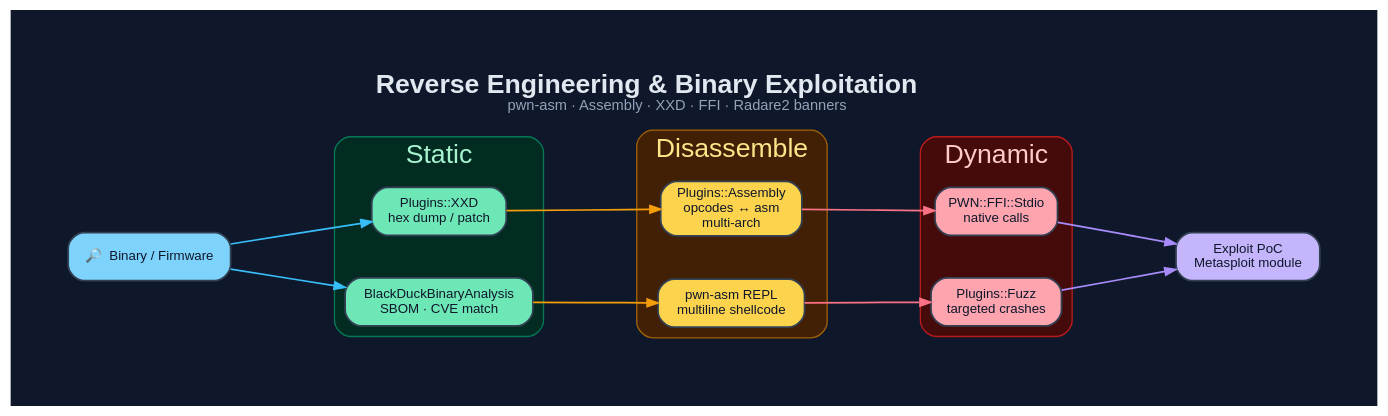
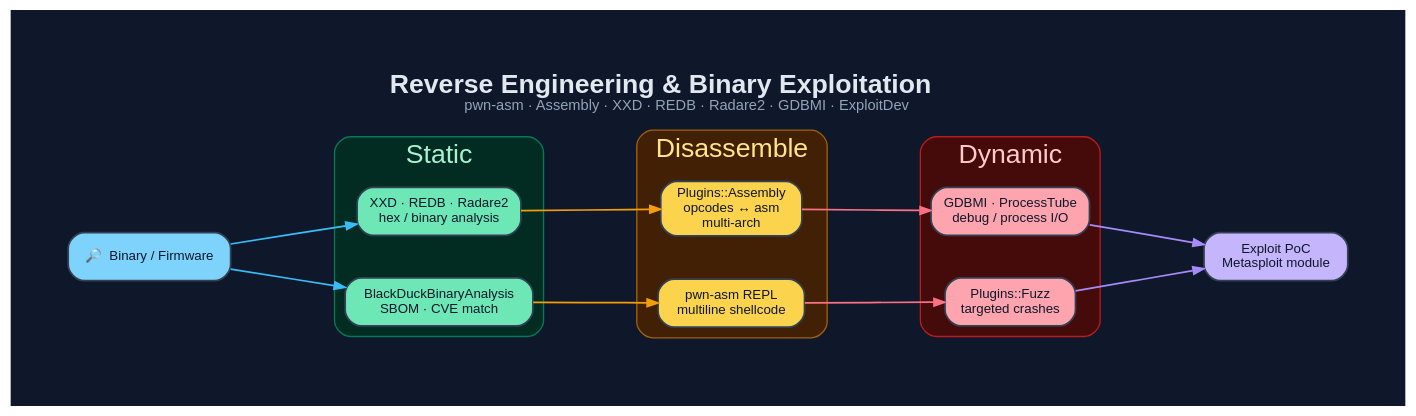
One commit to 0dayInc/pwn changed the diagram in documentation/diagrams/dot/reverse-engineering-flow.dot. Above: the diagram before and after it, drawn with Graphviz. The commit also changed 94 other files, not shown here.

```diff
--- a/documentation/diagrams/dot/reverse-engineering-flow.dot
+++ b/documentation/diagrams/dot/reverse-engineering-flow.dot
@@ -1,43 +1,43 @@
 digraph "PWN_RE" {
   graph [
-    label=<<B>Reverse Engineering &amp; Binary Exploitation</B><BR/><FONT POINT-SIZE="11" COLOR="#94a3b8">pwn-asm · Assembly · XXD · FFI · Radare2 banners</FONT>>,
+    label=<<B>Reverse Engineering &amp; Binary Exploitation</B><BR/><FONT POINT-SIZE="11" COLOR="#94a3b8">pwn-asm · Assembly · XXD · REDB · Radare2 · GDBMI · ExploitDev</FONT>>,
     labelloc=t, fontsize=20, fontname="Helvetica",
     rankdir=LR, splines=spline, nodesep=0.45, ranksep=1.2,
     bgcolor="#0f172a", fontcolor="#e2e8f0", pad=0.6, newrank=true
   ];
   node [fontname="Helvetica", fontsize=10, style="filled,rounded",
         shape=box, penwidth=1.3, color="#334155", fontcolor="#0f172a"];
   edge [fontname="Helvetica", fontsize=9, color="#94a3b8",
         fontcolor="#cbd5e1", penwidth=1.3, arrowsize=0.8];
 
   Bin [label="🔎  Binary / Firmware", fillcolor="#7dd3fc"];
 
   subgraph cluster_static {
     label="Static"; fontcolor="#a7f3d0"; style=rounded;
     color="#047857"; bgcolor="#022c22";
-    XXD  [label="Plugins::XXD\nhex dump / patch", fillcolor="#6ee7b7"];
+    XXD  [label="XXD · REDB · Radare2\nhex / binary analysis", fillcolor="#6ee7b7"];
     BDBA [label="BlackDuckBinaryAnalysis\nSBOM · CVE match", fillcolor="#6ee7b7"];
   }
   subgraph cluster_disasm {
     label="Disassemble"; fontcolor="#fde68a"; style=rounded;
     color="#a16207"; bgcolor="#422006";
     Asm    [label="Plugins::Assembly\nopcodes ↔ asm\nmulti-arch", fillcolor="#fcd34d"];
     PwnAsm [label="pwn-asm REPL\nmultiline shellcode",             fillcolor="#fcd34d"];
   }
   subgraph cluster_dyn {
     label="Dynamic"; fontcolor="#fecaca"; style=rounded;
     color="#b91c1c"; bgcolor="#450a0a";
-    FFI  [label="PWN::FFI::Stdio\nnative calls",   fillcolor="#fda4af"];
+    FFI  [label="GDBMI · ProcessTube\ndebug / process I/O",   fillcolor="#fda4af"];
     Fuzz [label="Plugins::Fuzz\ntargeted crashes",  fillcolor="#fda4af"];
   }
   Xpl [label="Exploit PoC\nMetasploit module", fillcolor="#c4b5fd"];
 
   Bin -> XXD  [color="#38bdf8"];
   Bin -> BDBA [color="#38bdf8"];
   XXD  -> Asm    [color="#f59e0b"];
   BDBA -> PwnAsm [color="#f59e0b"];
   Asm    -> FFI  [color="#fb7185"];
   PwnAsm -> Fuzz [color="#fb7185"];
   FFI  -> Xpl [color="#a78bfa"];
   Fuzz -> Xpl [color="#a78bfa"];
 }
```
